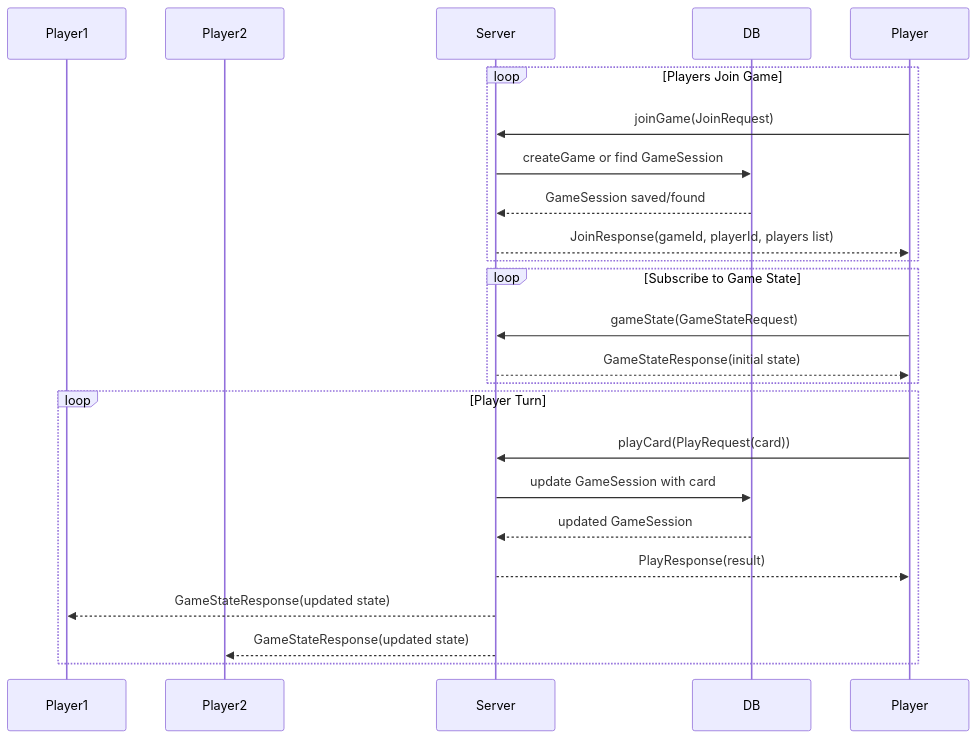
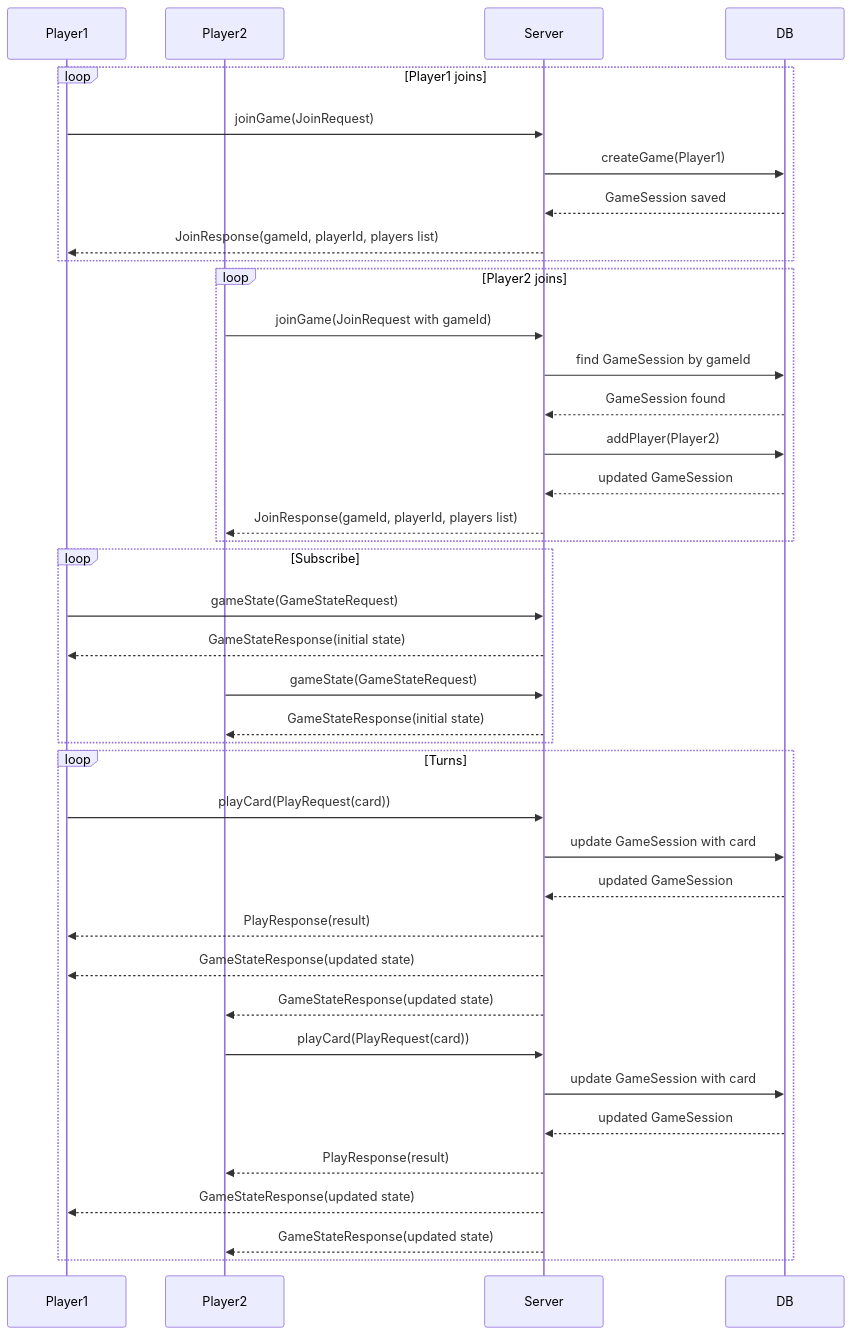
The third of 3 diagrams in uno-rpc/uno-backend/README.md (YashzAlphaGeek/FluxRPC), drawn with Mermaid before and after one commit.

Commit message:
Update README.md
refactor sequence diagram multiple player instances

````diff
--- a/uno-rpc/uno-backend/README.md
+++ b/uno-rpc/uno-backend/README.md
@@ -115,31 +115,50 @@
 ```mermaid
 sequenceDiagram
     participant Player1
     participant Player2
     participant Server
     participant DB
 
-    %% Players joining
-    loop Players Join Game
-        Player->>Server: joinGame(JoinRequest)
-        Server->>DB: createGame or find GameSession
-        DB-->>Server: GameSession saved/found
-        Server-->>Player: JoinResponse(gameId, playerId, players list)
+    %% Players join game
+    loop Player1 joins
+        Player1->>Server: joinGame(JoinRequest)
+        Server->>DB: createGame(Player1)
+        DB-->>Server: GameSession saved
+        Server-->>Player1: JoinResponse(gameId, playerId, players list)
+    end
+
+    loop Player2 joins
+        Player2->>Server: joinGame(JoinRequest with gameId)
+        Server->>DB: find GameSession by gameId
+        DB-->>Server: GameSession found
+        Server->>DB: addPlayer(Player2)
+        DB-->>Server: updated GameSession
+        Server-->>Player2: JoinResponse(gameId, playerId, players list)
     end
 
     %% Players subscribe to game state
-    loop Subscribe to Game State
-        Player->>Server: gameState(GameStateRequest)
-        Server-->>Player: GameStateResponse(initial state)
+    loop Subscribe
+        Player1->>Server: gameState(GameStateRequest)
+        Server-->>Player1: GameStateResponse(initial state)
+
+        Player2->>Server: gameState(GameStateRequest)
+        Server-->>Player2: GameStateResponse(initial state)
     end
 
     %% Players play cards in turns
-    loop Player Turn
-        Player->>Server: playCard(PlayRequest(card))
+    loop Turns
+        Player1->>Server: playCard(PlayRequest(card))
         Server->>DB: update GameSession with card
         DB-->>Server: updated GameSession
-        Server-->>Player: PlayResponse(result)
+        Server-->>Player1: PlayResponse(result)
+        Server-->>Player1: GameStateResponse(updated state)
+        Server-->>Player2: GameStateResponse(updated state)
+
+        Player2->>Server: playCard(PlayRequest(card))
+        Server->>DB: update GameSession with card
+        DB-->>Server: updated GameSession
+        Server-->>Player2: PlayResponse(result)
         Server-->>Player1: GameStateResponse(updated state)
         Server-->>Player2: GameStateResponse(updated state)
     end
 ```
````
